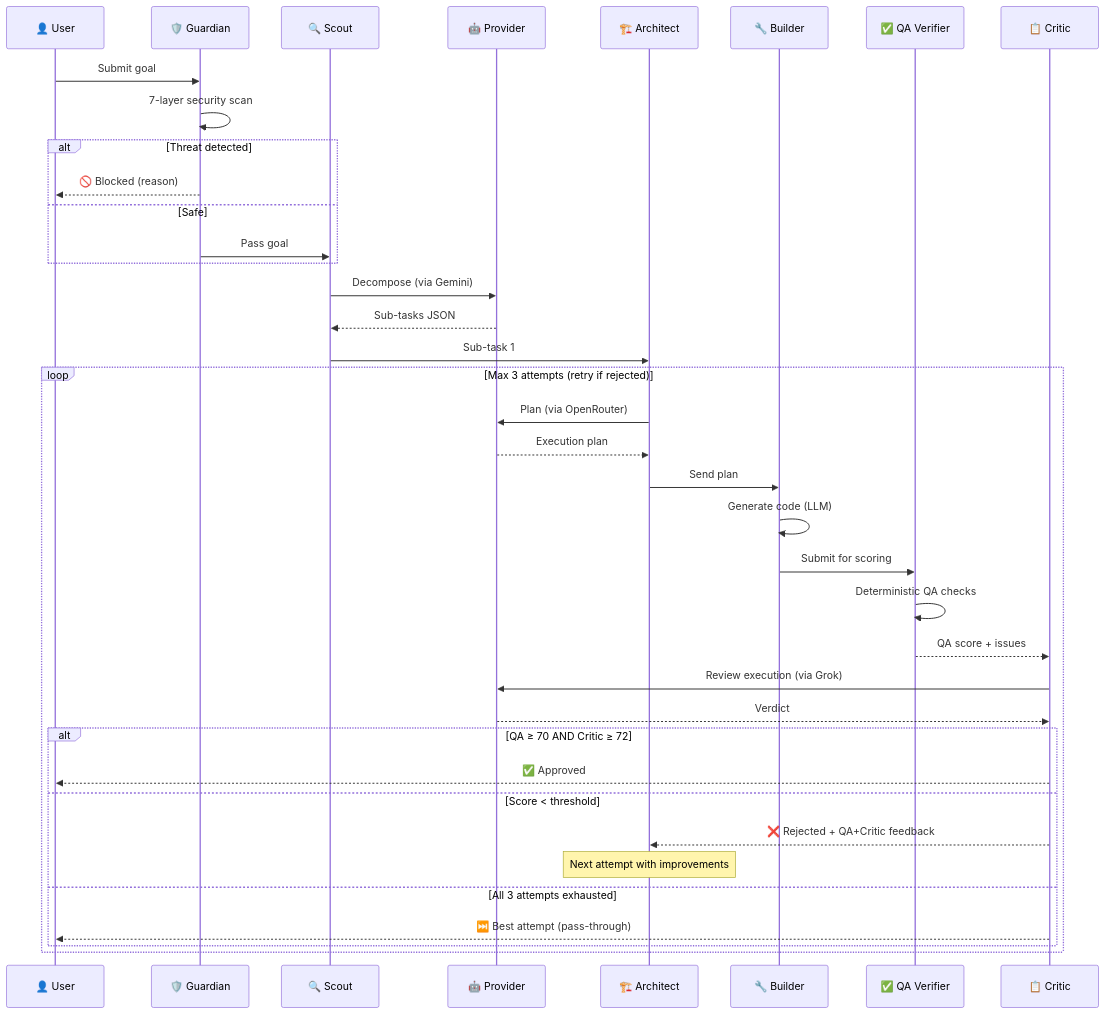
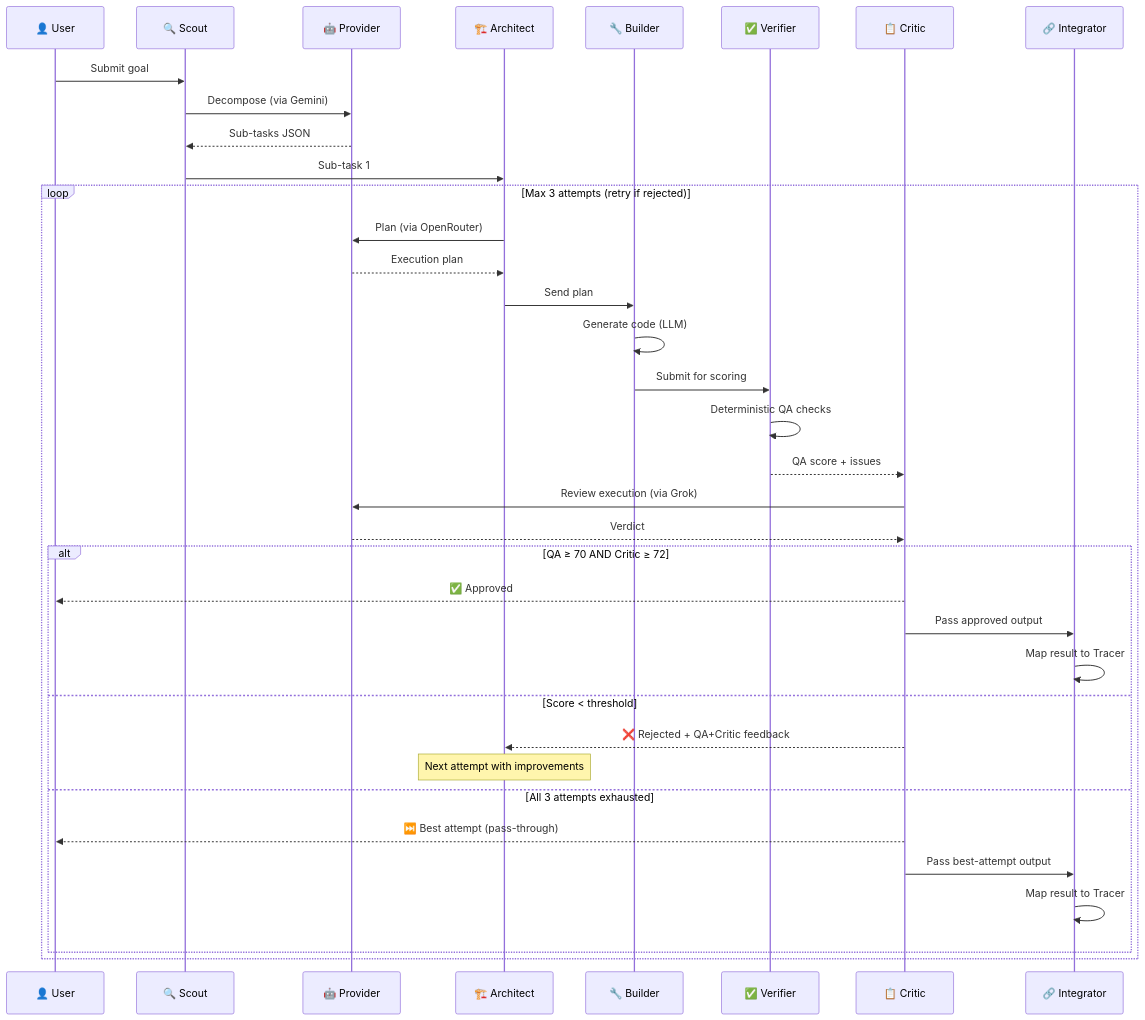
One commit to namanhere23/DevMatrix changed the second of 3 diagrams in README.md. Above: the diagram before and after it, drawn with Mermaid. The commit also changed other lines of this file, not shown here.

````diff
--- a/README.md
+++ b/README.md
@@ -114,45 +122,41 @@
 ```mermaid
 sequenceDiagram
     participant U as 👤 User
-    participant G as 🛡️ Guardian
     participant S as 🔍 Scout
     participant P as 🤖 Provider
     participant A as 🏗️ Architect
     participant B as 🔧 Builder
-    participant Q as ✅ QA Verifier
+    participant Q as ✅ Verifier
     participant C as 📋 Critic
-
-    U->>G: Submit goal
-    G->>G: 7-layer security scan
-
-    alt Threat detected
-        G-->>U: 🚫 Blocked (reason)
-    else Safe
-        G->>S: Pass goal
-    end
-
+    participant I as 🔗 Integrator
+ 
+    U->>S: Submit goal
     S->>P: Decompose (via Gemini)
     P-->>S: Sub-tasks JSON
     S->>A: Sub-task 1
-
+ 
     loop Max 3 attempts (retry if rejected)
         A->>P: Plan (via OpenRouter)
         P-->>A: Execution plan
         A->>B: Send plan
         B->>B: Generate code (LLM)
         B->>Q: Submit for scoring
         Q->>Q: Deterministic QA checks
         Q-->>C: QA score + issues
         C->>P: Review execution (via Grok)
         P-->>C: Verdict
-
+ 
         alt QA ≥ 70 AND Critic ≥ 72
             C-->>U: ✅ Approved
+            C->>I: Pass approved output
+            I->>I: Map result to Tracer
         else Score < threshold
             C-->>A: ❌ Rejected + QA+Critic feedback
             Note over A: Next attempt with improvements
         else All 3 attempts exhausted
             C-->>U: ⏭️ Best attempt (pass-through)
+            C->>I: Pass best-attempt output
+            I->>I: Map result to Tracer
         end
     end
 ```
````
